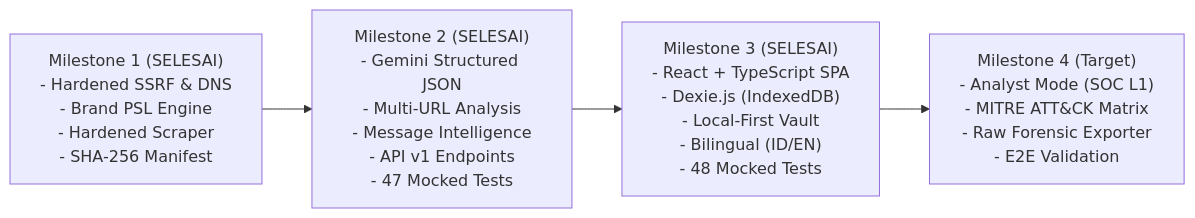
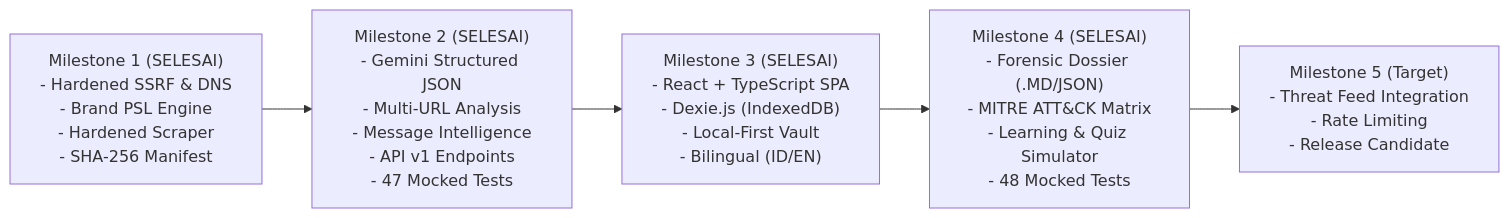
One commit to ChoqySirait/Chatbot changed the second of 2 diagrams in README.md. Above: the diagram before and after it, drawn with Mermaid. The commit also changed other lines of this file and 2 other files, not shown here.

Commit message:
feat(learning): implement bilingual Learning Center & interactive phishing quiz simulator (MS-4.3)

````diff
--- a/README.md
+++ b/README.md
@@ -212,9 +215,10 @@
 ```mermaid
 flowchart LR
     M1["Milestone 1 (SELESAI)\n- Hardened SSRF & DNS\n- Brand PSL Engine\n- Hardened Scraper\n- SHA-256 Manifest"]
     M2["Milestone 2 (SELESAI)\n- Gemini Structured JSON\n- Multi-URL Analysis\n- Message Intelligence\n- API v1 Endpoints\n- 47 Mocked Tests"]
-    M3["Milestone 3 (SELESAI)\n- React + TypeScript SPA\n- Dexie.js (IndexedDB)\n- Local-First Vault\n- Bilingual (ID/EN)\n- 48 Mocked Tests"]
-    M4["Milestone 4 (Target)\n- Analyst Mode (SOC L1)\n- MITRE ATT&CK Matrix\n- Raw Forensic Exporter\n- E2E Validation"]
+    M3["Milestone 3 (SELESAI)\n- React + TypeScript SPA\n- Dexie.js (IndexedDB)\n- Local-First Vault\n- Bilingual (ID/EN)"]
+    M4["Milestone 4 (SELESAI)\n- Forensic Dossier (.MD/JSON)\n- MITRE ATT&CK Matrix\n- Learning & Quiz Simulator\n- 48 Mocked Tests"]
+    M5["Milestone 5 (Target)\n- Threat Feed Integration\n- Rate Limiting\n- Release Candidate"]
 
-    M1 --> M2 --> M3 --> M4
+    M1 --> M2 --> M3 --> M4 --> M5
 ```
````
